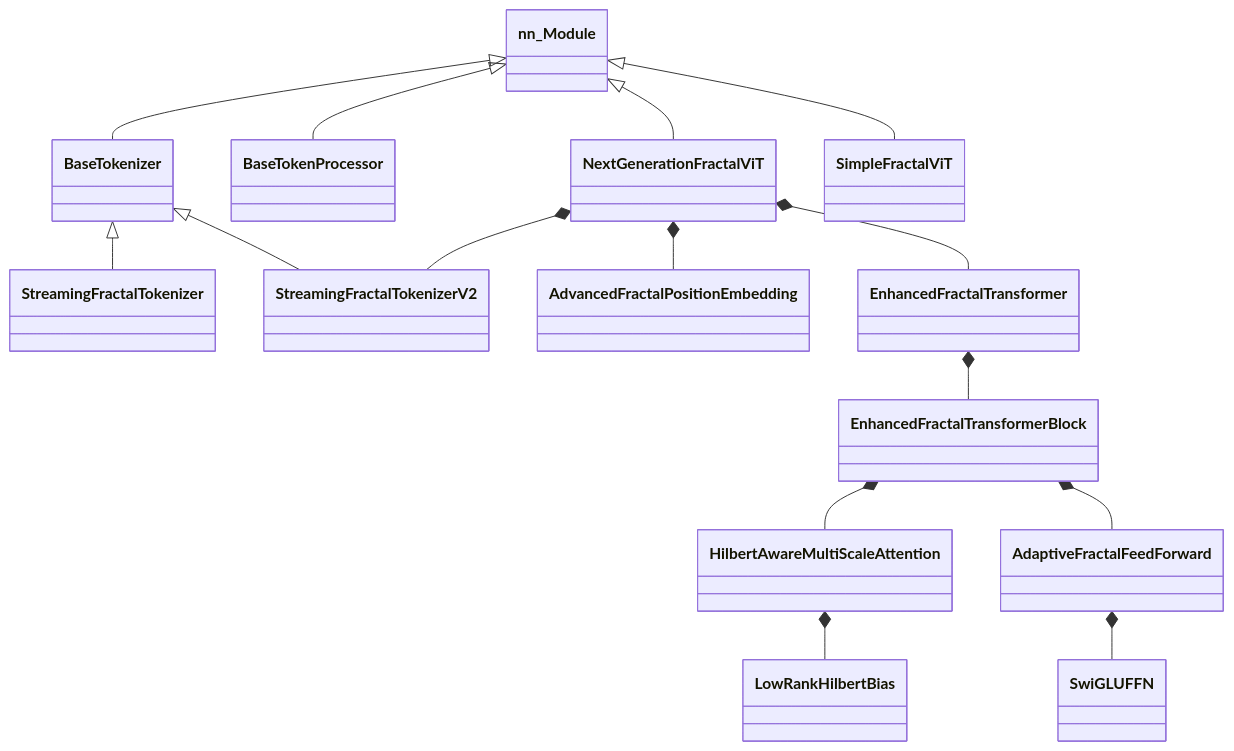
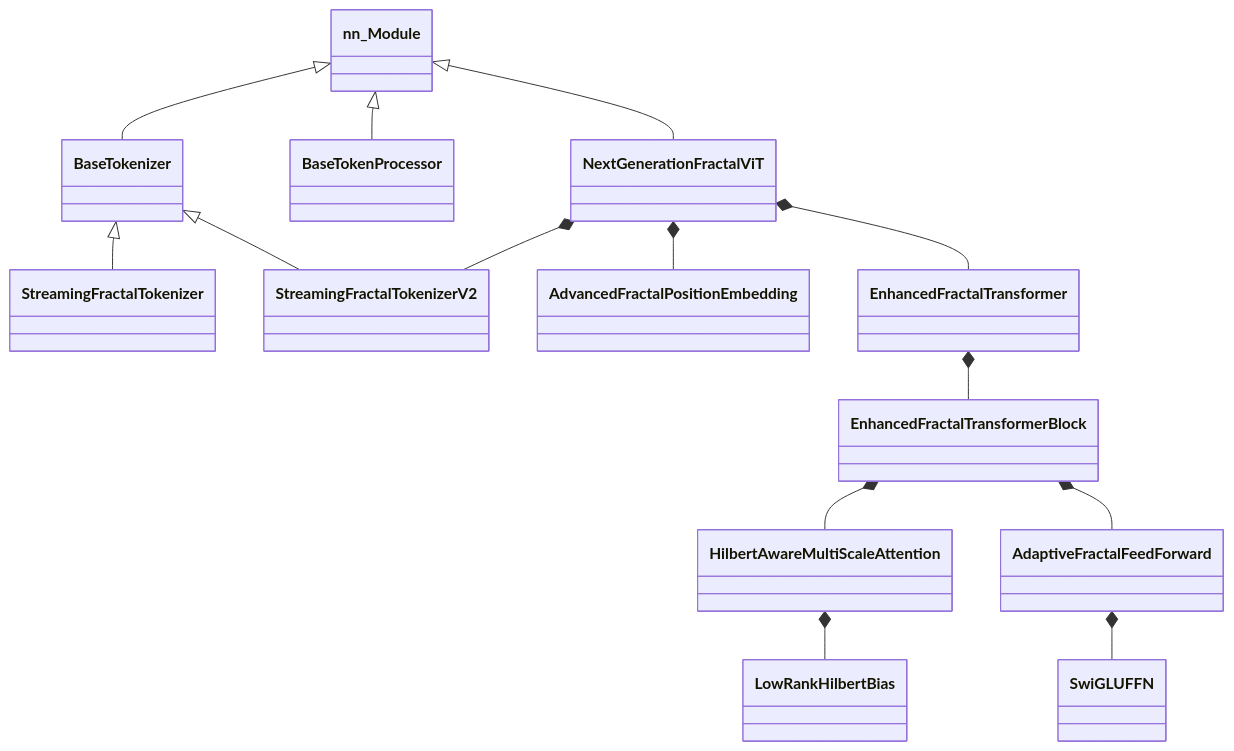
One commit to LoopyBrainie/fractal-curve-tokenizer changed the diagram in documents/appendix.md. Above: the diagram before and after it, drawn with Mermaid. The commit also changed other lines of this file and 31 other files, not shown here.

````diff
--- a/documents/appendix.md
+++ b/documents/appendix.md
@@ -5,21 +5,20 @@
 ```mermaid
 classDiagram
     nn_Module <|-- BaseTokenizer
     nn_Module <|-- BaseTokenProcessor
     nn_Module <|-- NextGenerationFractalViT
-    nn_Module <|-- SimpleFractalViT
     
     BaseTokenizer <|-- StreamingFractalTokenizer
     BaseTokenizer <|-- StreamingFractalTokenizerV2
     
     NextGenerationFractalViT *-- StreamingFractalTokenizerV2
     NextGenerationFractalViT *-- AdvancedFractalPositionEmbedding
     NextGenerationFractalViT *-- EnhancedFractalTransformer
     
     EnhancedFractalTransformer *-- EnhancedFractalTransformerBlock
     EnhancedFractalTransformerBlock *-- HilbertAwareMultiScaleAttention
     EnhancedFractalTransformerBlock *-- AdaptiveFractalFeedForward
     
     HilbertAwareMultiScaleAttention *-- LowRankHilbertBias
     AdaptiveFractalFeedForward *-- SwiGLUFFN
 ```
````
